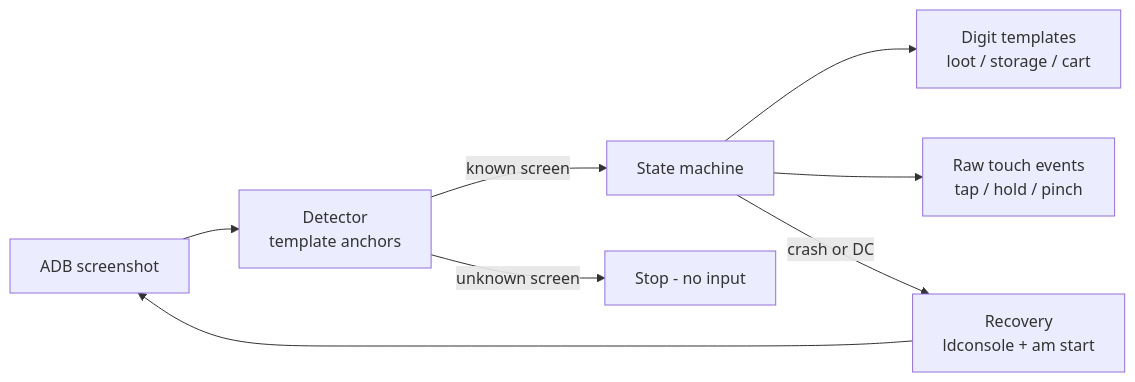
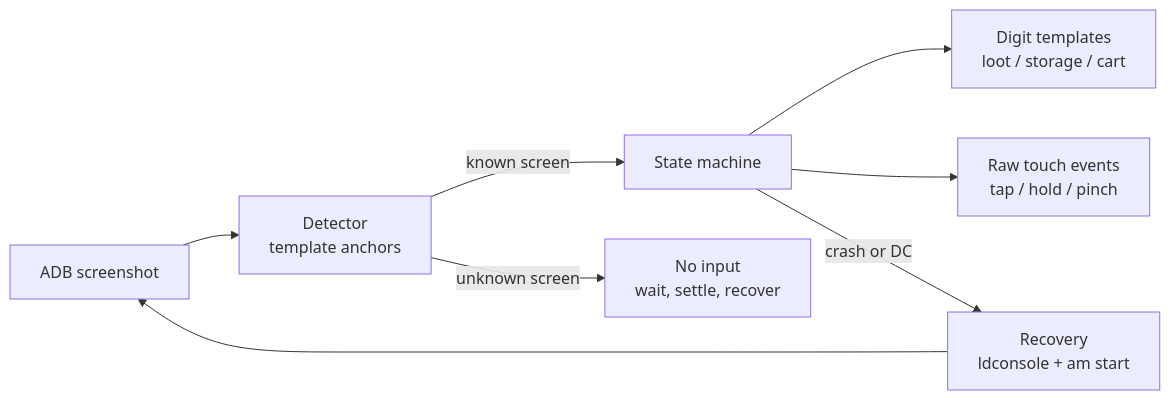
The diagram in README.md (peenjeee/coc-auto), drawn with Mermaid before and after one commit. The commit also changed other lines of this file and 11 other files, not shown here.

````diff
--- a/README.md
+++ b/README.md
@@ -47,10 +47,10 @@
 ```mermaid
 flowchart LR
     A[ADB screenshot] --> B[Detector<br/>template anchors]
     B -->|known screen| C[State machine]
-    B -->|unknown screen| S[Stop - no input]
+    B -->|unknown screen| S[No input<br/>wait, settle, recover]
     C --> D[Digit templates<br/>loot / storage / cart]
     C --> E[Raw touch events<br/>tap / hold / pinch]
     C -->|crash or DC| R[Recovery<br/>ldconsole + am start]
     R --> A
 ```
````
